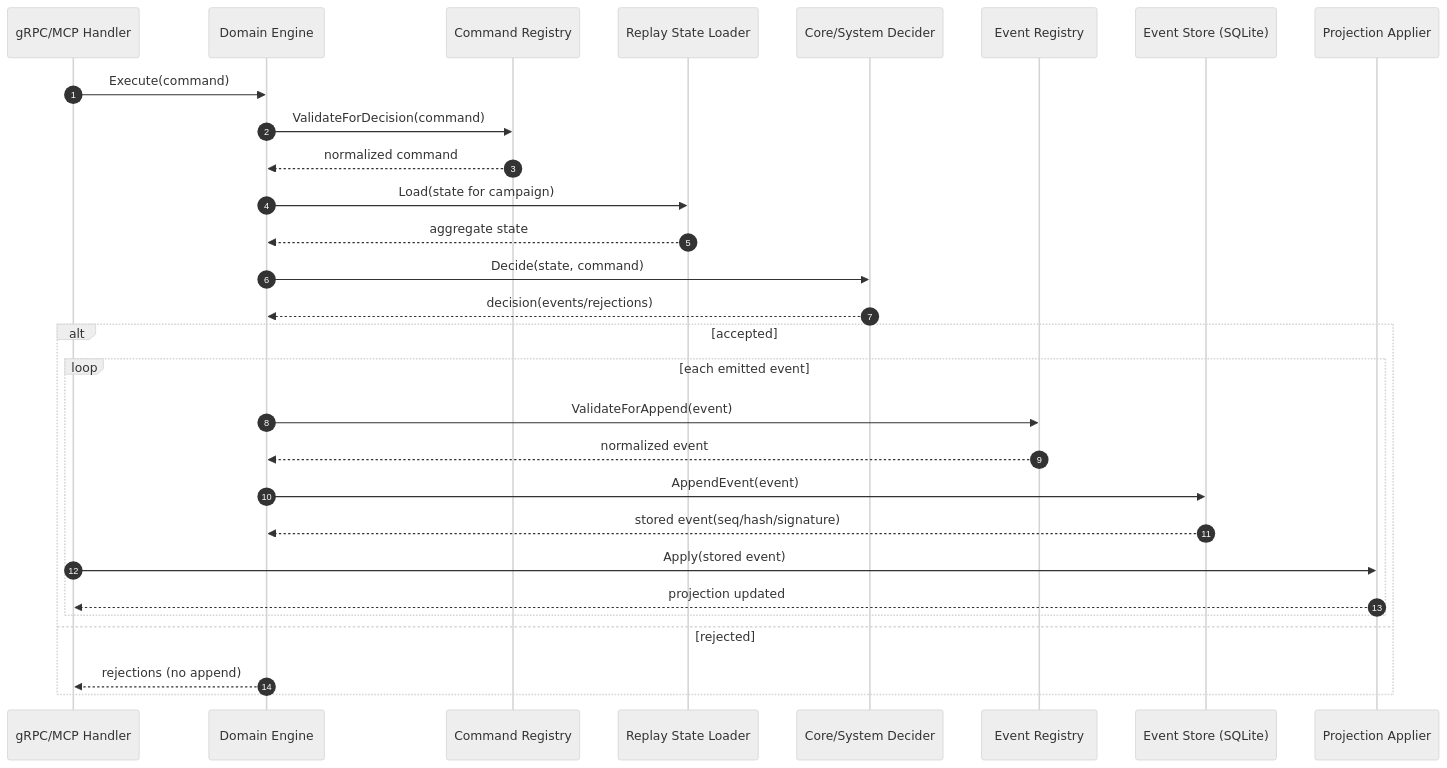
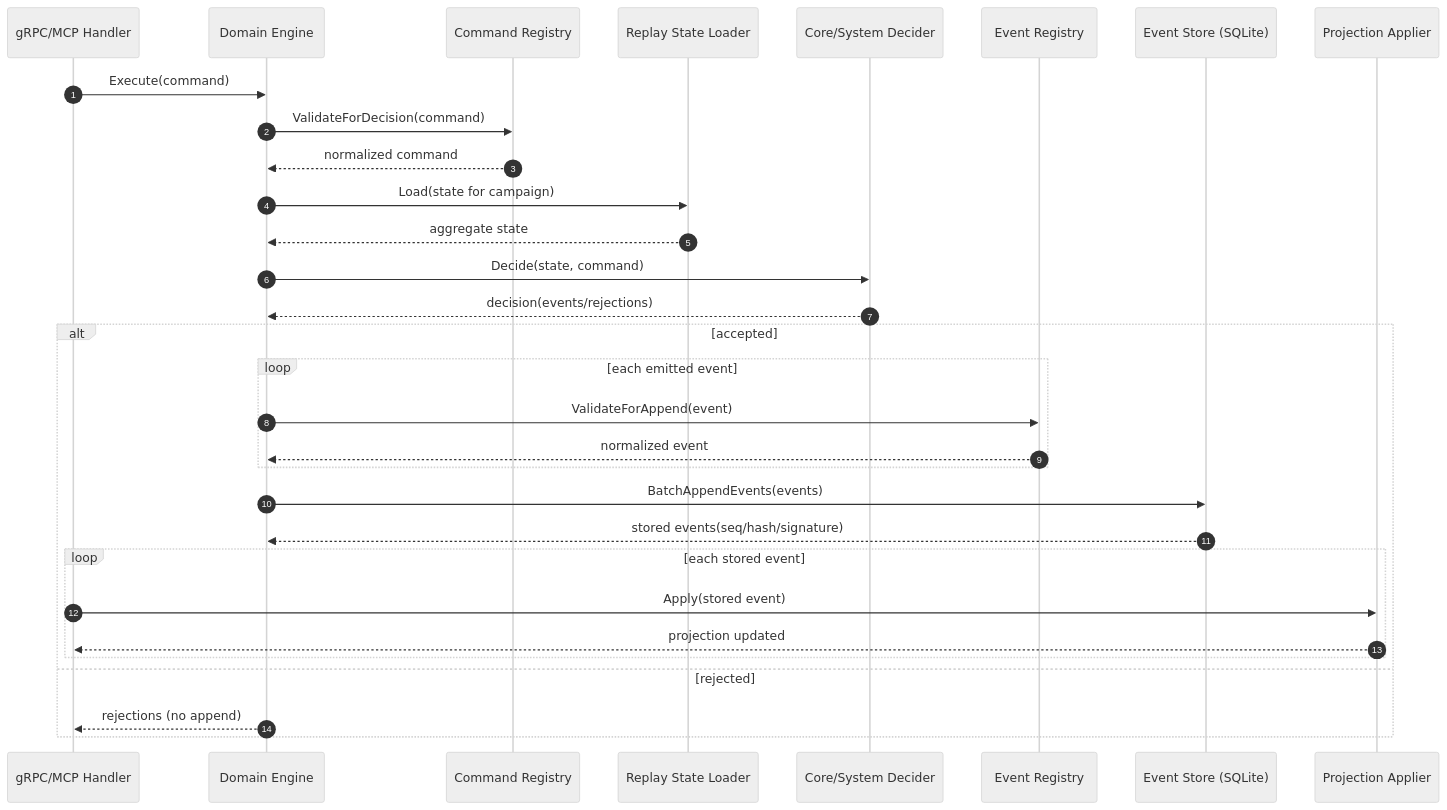
One commit to louisbranch/fracturing.space changed the first of 2 diagrams in docs/project/event-driven-system.md. Above: the diagram before and after it, drawn with Mermaid (neutral theme). The commit also changed other lines of this file and 30 other files, not shown here.

Commit message:
feat: event engine anti-pattern fixes (batch append, validations, QoL) (#366)

````diff
--- a/docs/project/event-driven-system.md
+++ b/docs/project/event-driven-system.md
@@ -129,32 +129,34 @@
 ```mermaid
 sequenceDiagram
     autonumber
     participant API as gRPC/MCP Handler
     participant ENG as Domain Engine
     participant CR as Command Registry
     participant SL as Replay State Loader
     participant DEC as Core/System Decider
     participant ER as Event Registry
     participant ES as Event Store (SQLite)
     participant PR as Projection Applier
 
     API->>ENG: Execute(command)
     ENG->>CR: ValidateForDecision(command)
     CR-->>ENG: normalized command
     ENG->>SL: Load(state for campaign)
     SL-->>ENG: aggregate state
     ENG->>DEC: Decide(state, command)
     DEC-->>ENG: decision(events/rejections)
     alt accepted
         loop each emitted event
             ENG->>ER: ValidateForAppend(event)
             ER-->>ENG: normalized event
-            ENG->>ES: AppendEvent(event)
-            ES-->>ENG: stored event(seq/hash/signature)
+        end
+        ENG->>ES: BatchAppendEvents(events)
+        ES-->>ENG: stored events(seq/hash/signature)
+        loop each stored event
             API->>PR: Apply(stored event)
             PR-->>API: projection updated
         end
     else rejected
         ENG-->>API: rejections (no append)
     end
 ```
````
